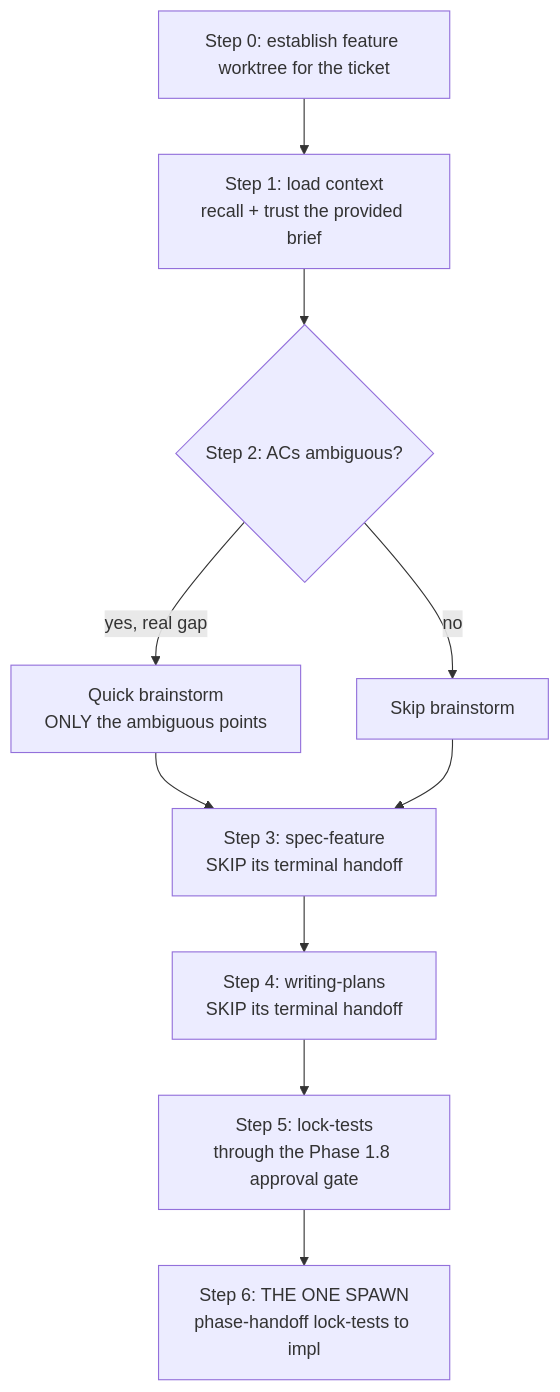
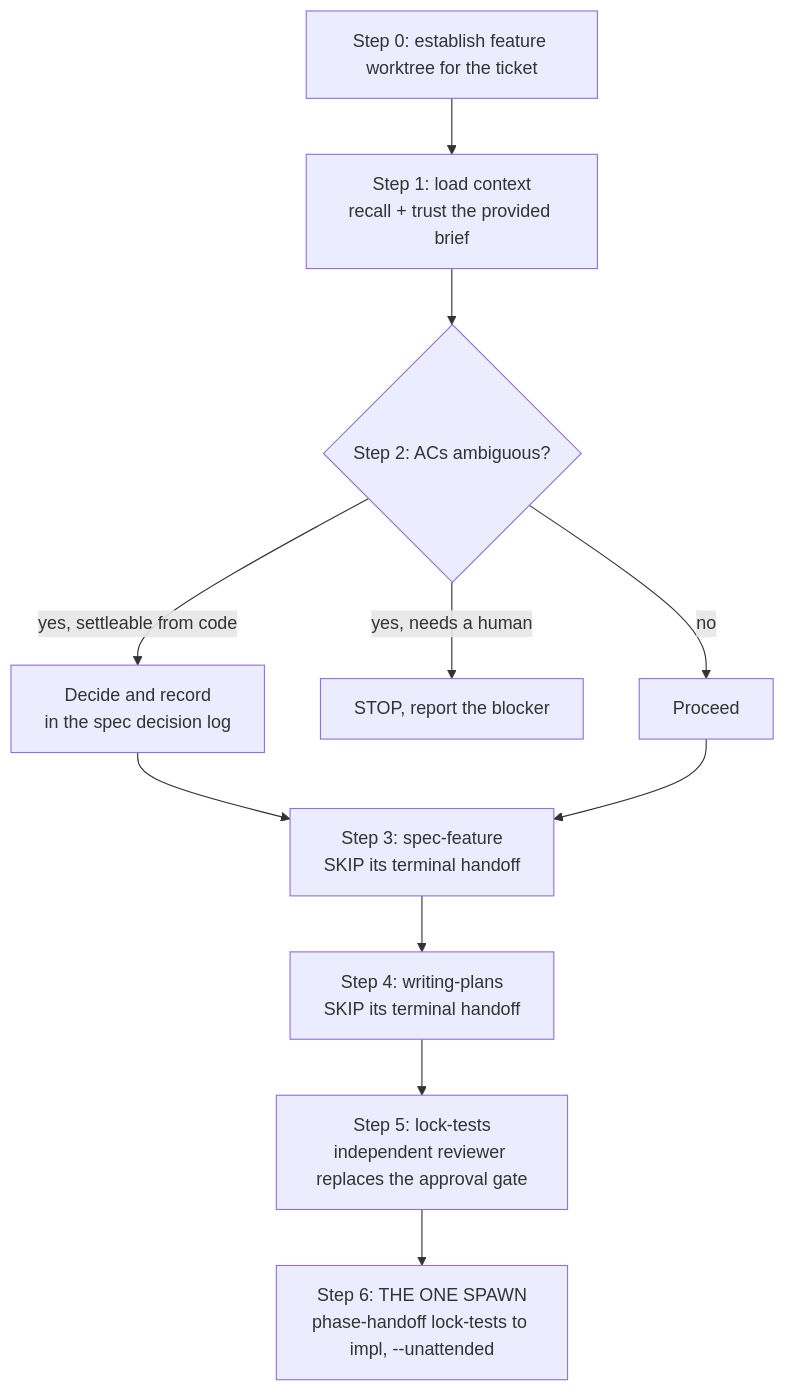
Before and after one commit to AndreJorgeLopes/devflow: the diagram in devflow-plugin/commands/fast-feature.md, drawn with Mermaid. The commit also changed other lines of this file and 5 other files, not shown here.

First line of the commit message:
feat(fast-feature): run unattended by replacing both human gates

````diff
--- a/devflow-plugin/commands/fast-feature.md
+++ b/devflow-plugin/commands/fast-feature.md
@@ -24,12 +26,13 @@
 ```mermaid
 flowchart TD
     A[Step 0: establish feature worktree for the ticket] --> B[Step 1: load context<br/>recall + trust the provided brief]
     B --> C{Step 2: ACs ambiguous?}
-    C -->|yes, real gap| D[Quick brainstorm<br/>ONLY the ambiguous points]
-    C -->|no| E[Skip brainstorm]
+    C -->|yes, settleable from code| D[Decide and record<br/>in the spec decision log]
+    C -->|yes, needs a human| J[STOP, report the blocker]
+    C -->|no| E[Proceed]
     D --> F[Step 3: spec-feature<br/>SKIP its terminal handoff]
     E --> F
     F --> G[Step 4: writing-plans<br/>SKIP its terminal handoff]
-    G --> H[Step 5: lock-tests<br/>through the Phase 1.8 approval gate]
-    H --> I[Step 6: THE ONE SPAWN<br/>phase-handoff lock-tests to impl]
+    G --> H[Step 5: lock-tests<br/>independent reviewer replaces the approval gate]
+    H --> I[Step 6: THE ONE SPAWN<br/>phase-handoff lock-tests to impl, --unattended]
 ```
````
